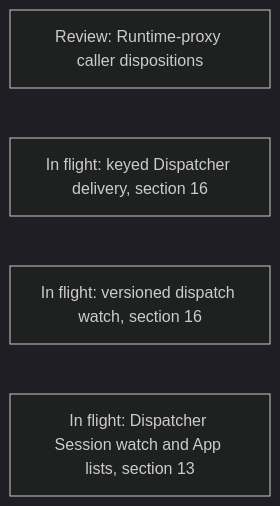
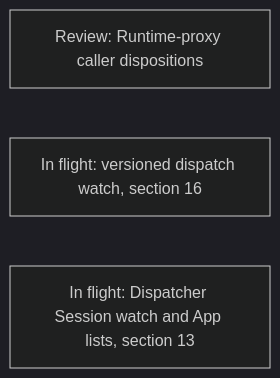
Before and after one commit to agentydragon/ducktape: the first of 20 diagrams in agentplane/plans/task_dag.md, drawn with Mermaid (dark theme). The commit also changed other lines of this file and 19 other files, not shown here.

Commit message:
Reconcile Dispatcher delivery by Session and Sandbox keys

````diff
--- a/agentplane/plans/task_dag.md
+++ b/agentplane/plans/task_dag.md
@@ -207,7 +206,6 @@
 ```mermaid
 flowchart LR
     RUNTIME_PROXY_CALLER_AUDIT[Review: Runtime-proxy caller dispositions]
-    DISPATCHER_KEYED_DELIVERY[In flight: keyed Dispatcher delivery, section 16]
     DISPATCHER_WATCH_VERSIONS[In flight: versioned dispatch watch, section 16]
     DISPATCHER_SESSION_WATCH[In flight: Dispatcher Session watch and App lists, section 13]
 ```
````
